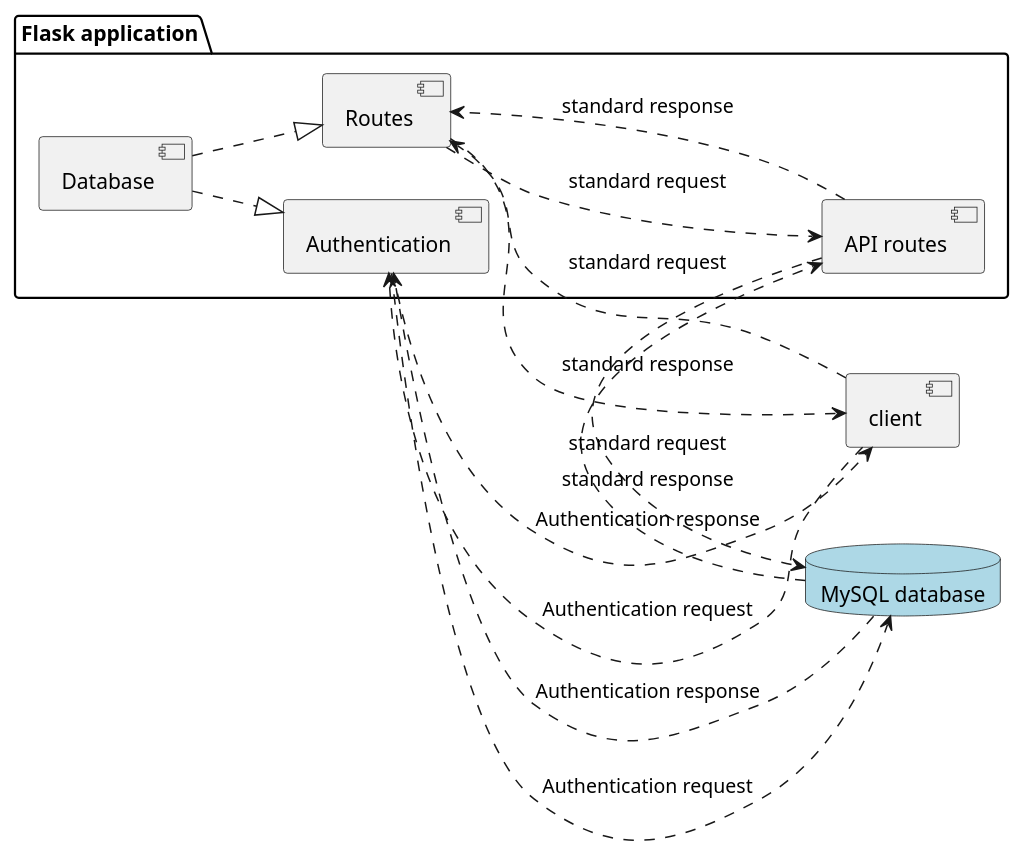
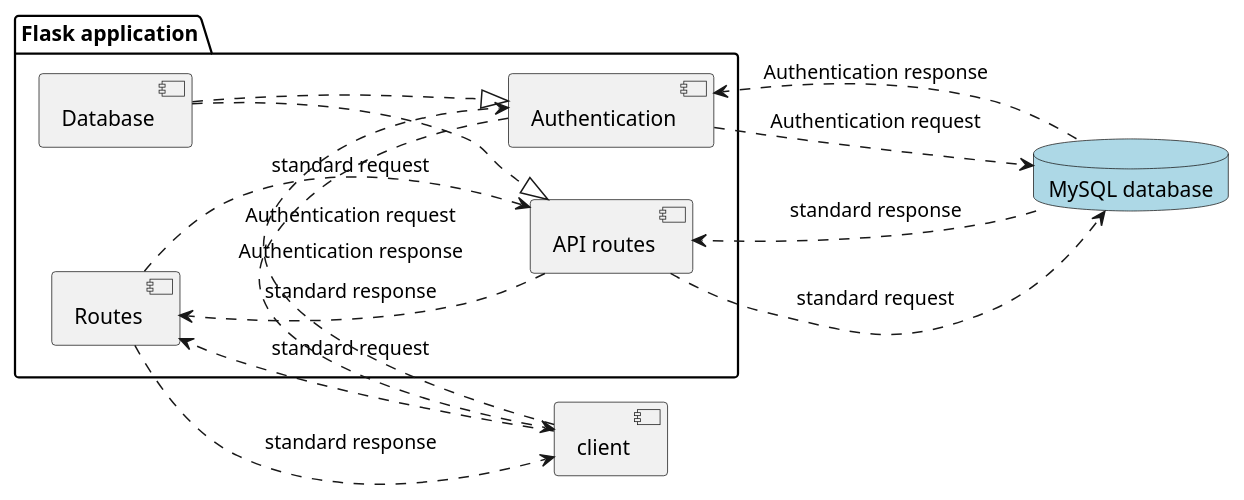
The diagram in checkpoint2/architecture.puml (bilboque/MOOVIE_RECOMMENDER), drawn with PlantUML before and after one commit.

Commit message:
changed architecture

```diff
--- a/checkpoint2/architecture.puml
+++ b/checkpoint2/architecture.puml
@@ -1,29 +1,29 @@
 @startuml
 left to right direction
 [client]
 package "Flask application" as FA{
 	[Routes] as R
 	[API routes] as AR
 	[Authentication] as A
 	[Database] as D
 }
 
 database "MySQL database" as md #LightBlue{
 }
 
-D ..|> R
+D ..|> AR
 D ..|> A
 [client] ..> R : standard request
 R ..> AR : standard request
 AR ..> md : standard request
 md ..> AR : standard response
 AR ..> R : standard response
 R ..> [client] : standard response
 
 [client] ..> A : Authentication request
 A ..> md : Authentication request
 md ..> A : Authentication response
 A ..> [client] : Authentication response
 
 
 @enduml
```
